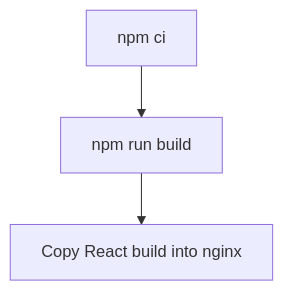
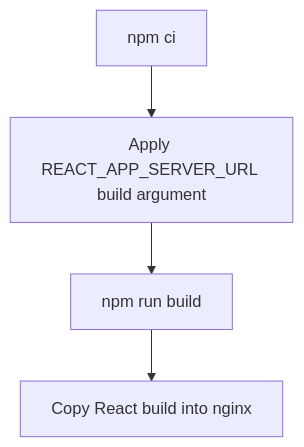
Before and after one commit to Gearsik/madiao: the eighth of 10 diagrams in docs/runbook/build-problems.md, drawn with Mermaid. The commit also changed other lines of this file and 16 other files, not shown here.

````diff
--- a/docs/runbook/build-problems.md
+++ b/docs/runbook/build-problems.md
@@ -1009,8 +1232,9 @@
 ```mermaid
 flowchart TD
     Install["npm ci"]
+    Arg["Apply REACT_APP_SERVER_URL build argument"]
     Build["npm run build"]
     Nginx["Copy React build into nginx"]
 
-    Install --> Build --> Nginx
+    Install --> Arg --> Build --> Nginx
 ```
````
